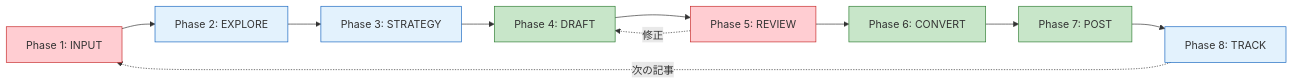
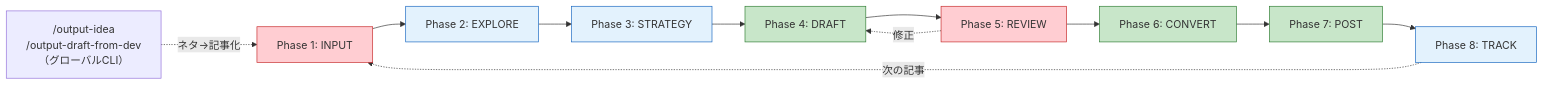
Before and after one commit to thirai-classlab/technology-output: the second of 11 diagrams in docs/design/00-overview.md, drawn with Mermaid. The commit also changed other lines of this file and 30 other files, not shown here.

````diff
--- a/docs/design/00-overview.md
+++ b/docs/design/00-overview.md
@@ -69,28 +69,31 @@
 ```mermaid
 flowchart LR
     P1["Phase 1: INPUT"]
     P2["Phase 2: EXPLORE"]
     P3["Phase 3: STRATEGY"]
     P4["Phase 4: DRAFT"]
     P5["Phase 5: REVIEW"]
     P6["Phase 6: CONVERT"]
     P7["Phase 7: POST"]
     P8["Phase 8: TRACK"]
 
     P1 --> P2 --> P3 --> P4 --> P5 --> P6 --> P7 --> P8
     P5 -.->|修正| P4
     P8 -.->|次の記事| P1
 
+    GC["/output-idea<br/>/output-draft-from-dev<br/>（グローバルCLI）"]
+    GC -.->|ネタ→記事化| P1
+
     P1:::human
     P2:::collab
     P3:::collab
     P4:::ai
     P5:::human
     P6:::ai
     P7:::ai
     P8:::collab
 
     classDef human fill:#ffcdd2,stroke:#c62828
     classDef ai fill:#c8e6c9,stroke:#2e7d32
     classDef collab fill:#e3f2fd,stroke:#1565c0
 ```
````
